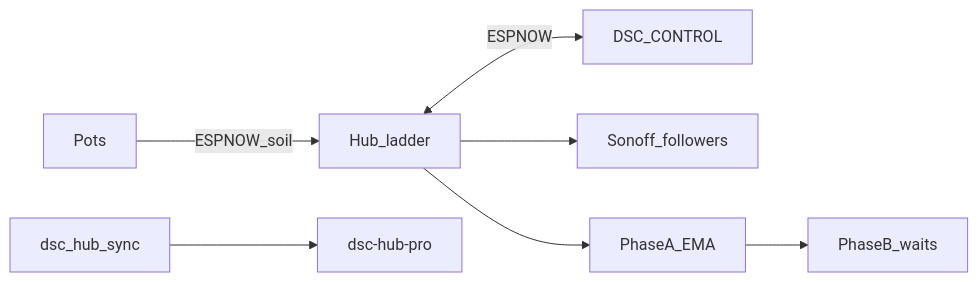
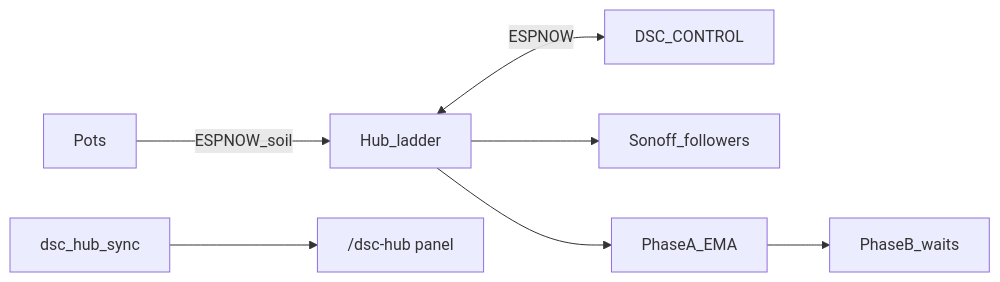
One commit to weddas/DSC-HUB changed the diagram in README.md. Above: the diagram before and after it, drawn with Mermaid. The commit also changed other lines of this file and 4 other files, not shown here.

First line of the commit message:
Align indexes for /dsc-hub panel and surface 6.0.0.

````diff
--- a/README.md
+++ b/README.md
@@ -30,8 +30,8 @@
 ```mermaid
 flowchart LR
   Hub[Hub_ladder] <-->|ESPNOW| Panel[DSC_CONTROL]
   Pots[Pots] -->|ESPNOW_soil| Hub
   Hub --> Followers[Sonoff_followers]
   Hub --> LearnA[PhaseA_EMA] --> LearnB[PhaseB_waits]
-  Sync[dsc_hub_sync] --> Pro[dsc-hub-pro]
+  Sync[dsc_hub_sync] --> Ui["/dsc-hub panel"]
 ```
````
